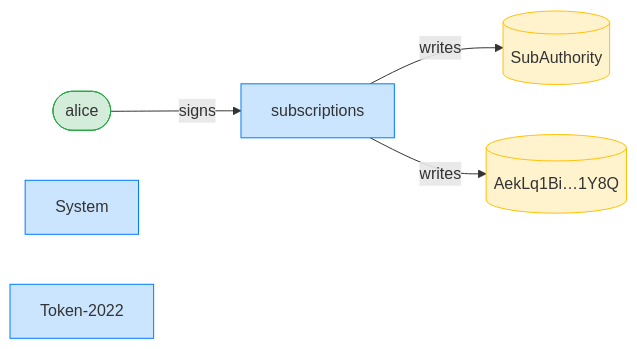
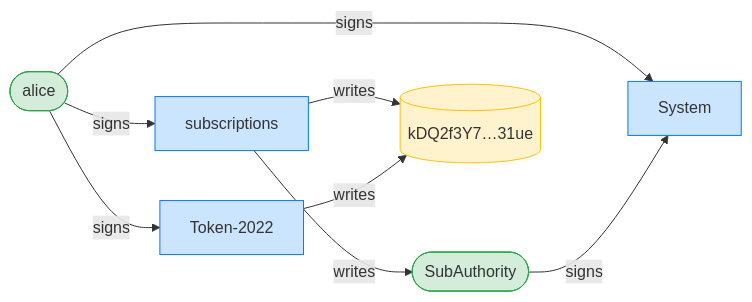
One commit to cds-rs/subscriptions changed the third of 12 diagrams in dsl_tests/fixed-transfer-over-a-token-2022-unconfigured-transfer-hook-mint.md. Above: the diagram before and after it, drawn with Mermaid. The commit also changed other lines of this file and 224 other files, not shown here.

````diff
--- a/dsl_tests/fixed-transfer-over-a-token-2022-unconfigured-transfer-hook-mint.md
+++ b/dsl_tests/fixed-transfer-over-a-token-2022-unconfigured-transfer-hook-mint.md
@@ -55,15 +56,19 @@
 ```mermaid
 flowchart LR
     classDef signer fill:#d4edda,stroke:#28a745;
     classDef program fill:#cce5ff,stroke:#007bff;
     classDef writable fill:#fff3cd,stroke:#ffc107;
     subscriptions[subscriptions]:::program
     alice([alice]):::signer
-    SubAuthority[(SubAuthority)]:::writable
-    AekLq1Bi_1Y8Q[("AekLq1Bi…1Y8Q")]:::writable
+    SubAuthority([SubAuthority]):::signer
+    kDQ2f3Y7_31ue[("kDQ2f3Y7…31ue")]:::writable
     System[System]:::program
     Token_2022["Token-2022"]:::program
     alice -->|signs| subscriptions
+    alice -->|signs| System
+    SubAuthority -->|signs| System
+    alice -->|signs| Token_2022
     subscriptions -->|writes| SubAuthority
-    subscriptions -->|writes| AekLq1Bi_1Y8Q
+    subscriptions -->|writes| kDQ2f3Y7_31ue
+    Token_2022 -->|writes| kDQ2f3Y7_31ue
 ```
````
